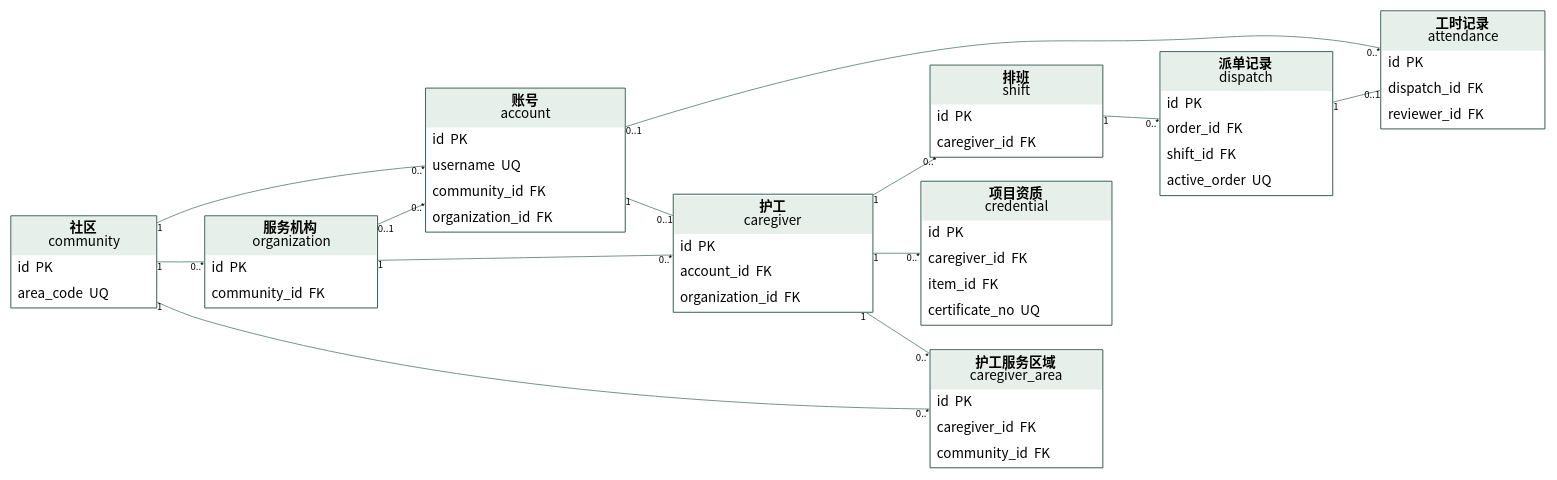
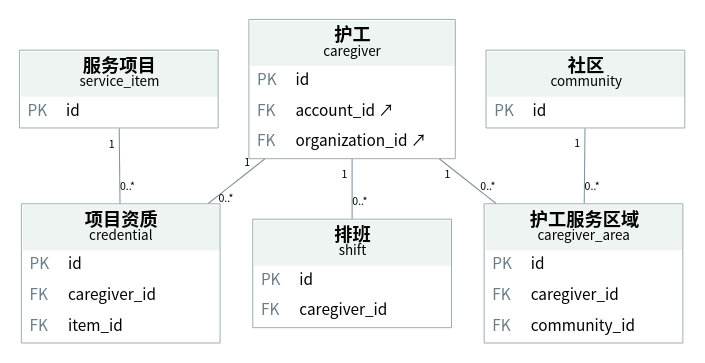
The diagram in docs/diagrams/C-uml.dot (Herbertlyw/db_eldercare), drawn with Graphviz before and after one commit. The commit also changed 173 other files, not shown here.

```diff
--- a/docs/diagrams/C-uml.dot
+++ b/docs/diagrams/C-uml.dot
@@ -1,23 +1,17 @@
-digraph G { graph [rankdir=LR, bgcolor="white",nodesep=0.35,ranksep=0.7]; node [fontname="Noto Sans CJK SC",fontsize=14,color="#31574e"]; edge [fontname="Noto Sans CJK SC",fontsize=10,color="#719087",arrowsize=0.6];
-organization [shape=plain,label=<<TABLE BORDER="1" CELLBORDER="0" CELLSPACING="0" CELLPADDING="6"><TR><TD BGCOLOR="#e7efea" WIDTH="178"><B>服务机构</B><BR/>organization</TD></TR><TR><TD ALIGN="LEFT" WIDTH="178">id  PK</TD></TR><TR><TD ALIGN="LEFT" WIDTH="178">community_id  FK</TD></TR></TABLE>>];
-account [shape=plain,label=<<TABLE BORDER="1" CELLBORDER="0" CELLSPACING="0" CELLPADDING="6"><TR><TD BGCOLOR="#e7efea" WIDTH="206"><B>账号</B><BR/>account</TD></TR><TR><TD ALIGN="LEFT" WIDTH="206">id  PK</TD></TR><TR><TD ALIGN="LEFT" WIDTH="206">username  UQ</TD></TR><TR><TD ALIGN="LEFT" WIDTH="206">community_id  FK</TD></TR><TR><TD ALIGN="LEFT" WIDTH="206">organization_id  FK</TD></TR></TABLE>>];
-caregiver [shape=plain,label=<<TABLE BORDER="1" CELLBORDER="0" CELLSPACING="0" CELLPADDING="6"><TR><TD BGCOLOR="#e7efea" WIDTH="206"><B>护工</B><BR/>caregiver</TD></TR><TR><TD ALIGN="LEFT" WIDTH="206">id  PK</TD></TR><TR><TD ALIGN="LEFT" WIDTH="206">account_id  FK</TD></TR><TR><TD ALIGN="LEFT" WIDTH="206">organization_id  FK</TD></TR></TABLE>>];
-credential [shape=plain,label=<<TABLE BORDER="1" CELLBORDER="0" CELLSPACING="0" CELLPADDING="6"><TR><TD BGCOLOR="#e7efea" WIDTH="197"><B>项目资质</B><BR/>credential</TD></TR><TR><TD ALIGN="LEFT" WIDTH="197">id  PK</TD></TR><TR><TD ALIGN="LEFT" WIDTH="197">caregiver_id  FK</TD></TR><TR><TD ALIGN="LEFT" WIDTH="197">item_id  FK</TD></TR><TR><TD ALIGN="LEFT" WIDTH="197">certificate_no  UQ</TD></TR></TABLE>>];
-caregiver_area [shape=plain,label=<<TABLE BORDER="1" CELLBORDER="0" CELLSPACING="0" CELLPADDING="6"><TR><TD BGCOLOR="#e7efea" WIDTH="178"><B>护工服务区域</B><BR/>caregiver_area</TD></TR><TR><TD ALIGN="LEFT" WIDTH="178">id  PK</TD></TR><TR><TD ALIGN="LEFT" WIDTH="178">caregiver_id  FK</TD></TR><TR><TD ALIGN="LEFT" WIDTH="178">community_id  FK</TD></TR></TABLE>>];
-community [shape=plain,label=<<TABLE BORDER="1" CELLBORDER="0" CELLSPACING="0" CELLPADDING="6"><TR><TD BGCOLOR="#e7efea" WIDTH="150"><B>社区</B><BR/>community</TD></TR><TR><TD ALIGN="LEFT" WIDTH="150">id  PK</TD></TR><TR><TD ALIGN="LEFT" WIDTH="150">area_code  UQ</TD></TR></TABLE>>];
-shift [shape=plain,label=<<TABLE BORDER="1" CELLBORDER="0" CELLSPACING="0" CELLPADDING="6"><TR><TD BGCOLOR="#e7efea" WIDTH="178"><B>排班</B><BR/>shift</TD></TR><TR><TD ALIGN="LEFT" WIDTH="178">id  PK</TD></TR><TR><TD ALIGN="LEFT" WIDTH="178">caregiver_id  FK</TD></TR></TABLE>>];
-attendance [shape=plain,label=<<TABLE BORDER="1" CELLBORDER="0" CELLSPACING="0" CELLPADDING="6"><TR><TD BGCOLOR="#e7efea" WIDTH="169"><B>工时记录</B><BR/>attendance</TD></TR><TR><TD ALIGN="LEFT" WIDTH="169">id  PK</TD></TR><TR><TD ALIGN="LEFT" WIDTH="169">dispatch_id  FK</TD></TR><TR><TD ALIGN="LEFT" WIDTH="169">reviewer_id  FK</TD></TR></TABLE>>];
-dispatch [shape=plain,label=<<TABLE BORDER="1" CELLBORDER="0" CELLSPACING="0" CELLPADDING="6"><TR><TD BGCOLOR="#e7efea" WIDTH="178"><B>派单记录</B><BR/>dispatch</TD></TR><TR><TD ALIGN="LEFT" WIDTH="178">id  PK</TD></TR><TR><TD ALIGN="LEFT" WIDTH="178">order_id  FK</TD></TR><TR><TD ALIGN="LEFT" WIDTH="178">shift_id  FK</TD></TR><TR><TD ALIGN="LEFT" WIDTH="178">active_order  UQ</TD></TR></TABLE>>];
-community -> account [arrowhead=none,taillabel="1",headlabel="0..*"];
-organization -> account [arrowhead=none,taillabel="0..1",headlabel="0..*"];
-dispatch -> attendance [arrowhead=none,taillabel="1",headlabel="0..1"];
-account -> attendance [arrowhead=none,taillabel="0..1",headlabel="0..*"];
-account -> caregiver [arrowhead=none,taillabel="1",headlabel="0..1"];
-organization -> caregiver [arrowhead=none,taillabel="1",headlabel="0..*"];
+digraph G { graph [rankdir=TB,bgcolor="white",nodesep=0.45,ranksep=0.65,pad=0.18,splines=polyline,outputorder=edgesfirst]; node [fontname="Noto Sans CJK SC",fontsize=16]; edge [fontname="Noto Sans CJK SC",fontsize=11,color="#80949e",arrowsize=0.5,penwidth=1.1,labeldistance=1.9];
+caregiver [shape=plain,label=<<TABLE BORDER="1" COLOR="#9AAAB2" CELLBORDER="0" CELLSPACING="0" CELLPADDING="7"><TR><TD COLSPAN="2" WIDTH="205" BGCOLOR="#EDF4F1"><FONT POINT-SIZE="19"><B>护工</B></FONT><BR/><FONT POINT-SIZE="14">caregiver</FONT></TD></TR><TR><TD ALIGN="LEFT" WIDTH="40"><FONT COLOR="#697C88">PK</FONT></TD><TD ALIGN="LEFT" WIDTH="165">id</TD></TR><TR><TD ALIGN="LEFT" WIDTH="40"><FONT COLOR="#697C88">FK</FONT></TD><TD ALIGN="LEFT" WIDTH="165">account_id ↗</TD></TR><TR><TD ALIGN="LEFT" WIDTH="40"><FONT COLOR="#697C88">FK</FONT></TD><TD ALIGN="LEFT" WIDTH="173">organization_id ↗</TD></TR></TABLE>>];
+credential [shape=plain,label=<<TABLE BORDER="1" COLOR="#9AAAB2" CELLBORDER="0" CELLSPACING="0" CELLPADDING="7"><TR><TD COLSPAN="2" WIDTH="205" BGCOLOR="#EDF4F1"><FONT POINT-SIZE="19"><B>项目资质</B></FONT><BR/><FONT POINT-SIZE="14">credential</FONT></TD></TR><TR><TD ALIGN="LEFT" WIDTH="40"><FONT COLOR="#697C88">PK</FONT></TD><TD ALIGN="LEFT" WIDTH="165">id</TD></TR><TR><TD ALIGN="LEFT" WIDTH="40"><FONT COLOR="#697C88">FK</FONT></TD><TD ALIGN="LEFT" WIDTH="165">caregiver_id</TD></TR><TR><TD ALIGN="LEFT" WIDTH="40"><FONT COLOR="#697C88">FK</FONT></TD><TD ALIGN="LEFT" WIDTH="165">item_id</TD></TR></TABLE>>];
+caregiver_area [shape=plain,label=<<TABLE BORDER="1" COLOR="#9AAAB2" CELLBORDER="0" CELLSPACING="0" CELLPADDING="7"><TR><TD COLSPAN="2" WIDTH="205" BGCOLOR="#EDF4F1"><FONT POINT-SIZE="19"><B>护工服务区域</B></FONT><BR/><FONT POINT-SIZE="14">caregiver_area</FONT></TD></TR><TR><TD ALIGN="LEFT" WIDTH="40"><FONT COLOR="#697C88">PK</FONT></TD><TD ALIGN="LEFT" WIDTH="165">id</TD></TR><TR><TD ALIGN="LEFT" WIDTH="40"><FONT COLOR="#697C88">FK</FONT></TD><TD ALIGN="LEFT" WIDTH="165">caregiver_id</TD></TR><TR><TD ALIGN="LEFT" WIDTH="40"><FONT COLOR="#697C88">FK</FONT></TD><TD ALIGN="LEFT" WIDTH="165">community_id</TD></TR></TABLE>>];
+community [shape=plain,label=<<TABLE BORDER="1" COLOR="#9AAAB2" CELLBORDER="0" CELLSPACING="0" CELLPADDING="7"><TR><TD COLSPAN="2" WIDTH="205" BGCOLOR="#EDF4F1"><FONT POINT-SIZE="19"><B>社区</B></FONT><BR/><FONT POINT-SIZE="14">community</FONT></TD></TR><TR><TD ALIGN="LEFT" WIDTH="40"><FONT COLOR="#697C88">PK</FONT></TD><TD ALIGN="LEFT" WIDTH="165">id</TD></TR></TABLE>>];
+service_item [shape=plain,label=<<TABLE BORDER="1" COLOR="#9AAAB2" CELLBORDER="0" CELLSPACING="0" CELLPADDING="7"><TR><TD COLSPAN="2" WIDTH="205" BGCOLOR="#EDF4F1"><FONT POINT-SIZE="19"><B>服务项目</B></FONT><BR/><FONT POINT-SIZE="14">service_item</FONT></TD></TR><TR><TD ALIGN="LEFT" WIDTH="40"><FONT COLOR="#697C88">PK</FONT></TD><TD ALIGN="LEFT" WIDTH="165">id</TD></TR></TABLE>>];
+shift [shape=plain,label=<<TABLE BORDER="1" COLOR="#9AAAB2" CELLBORDER="0" CELLSPACING="0" CELLPADDING="7"><TR><TD COLSPAN="2" WIDTH="205" BGCOLOR="#EDF4F1"><FONT POINT-SIZE="19"><B>排班</B></FONT><BR/><FONT POINT-SIZE="14">shift</FONT></TD></TR><TR><TD ALIGN="LEFT" WIDTH="40"><FONT COLOR="#697C88">PK</FONT></TD><TD ALIGN="LEFT" WIDTH="165">id</TD></TR><TR><TD ALIGN="LEFT" WIDTH="40"><FONT COLOR="#697C88">FK</FONT></TD><TD ALIGN="LEFT" WIDTH="165">caregiver_id</TD></TR></TABLE>>];
 caregiver -> caregiver_area [arrowhead=none,taillabel="1",headlabel="0..*"];
 community -> caregiver_area [arrowhead=none,taillabel="1",headlabel="0..*"];
 caregiver -> credential [arrowhead=none,taillabel="1",headlabel="0..*"];
-shift -> dispatch [arrowhead=none,taillabel="1",headlabel="0..*"];
-community -> organization [arrowhead=none,taillabel="1",headlabel="0..*"];
+service_item -> credential [arrowhead=none,taillabel="1",headlabel="0..*"];
 caregiver -> shift [arrowhead=none,taillabel="1",headlabel="0..*"];
+{rank=same;community;service_item;}
+{rank=same;caregiver_area;}
+{rank=same;caregiver;}
+{rank=same;credential;shift;}
 }
```
